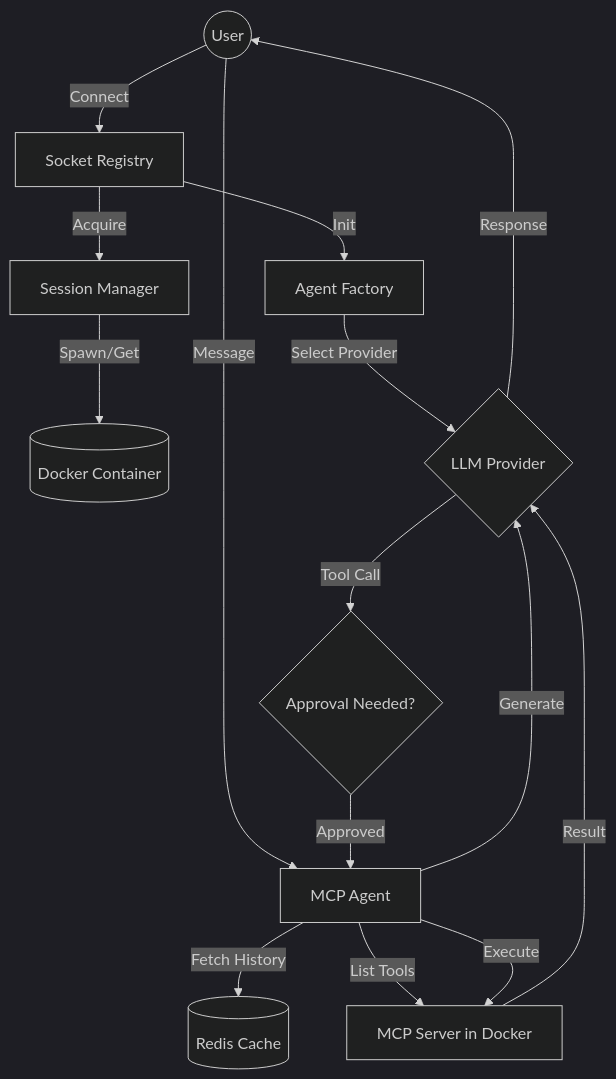
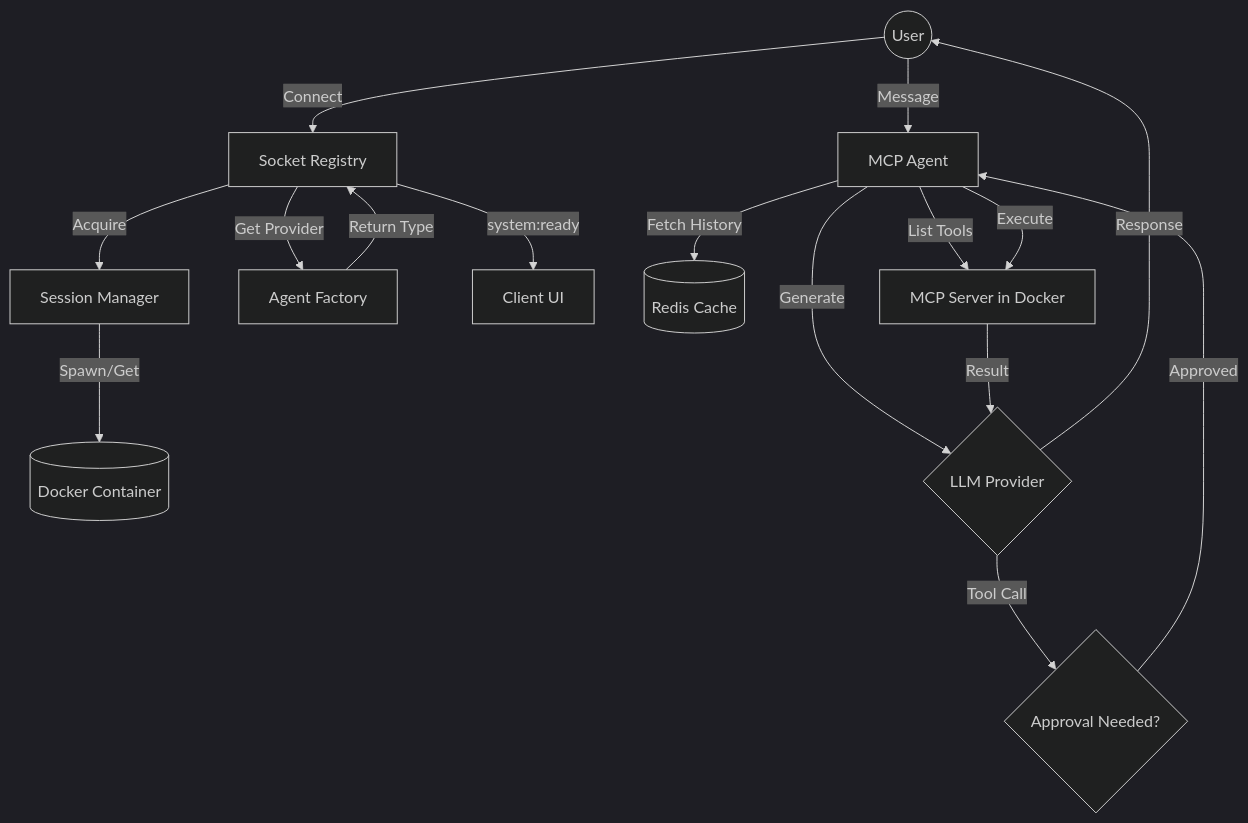
One commit to SouzaEduardoAC/mcp-orchestrator changed the diagram in docs/business_flow.md. Above: the diagram before and after it, drawn with Mermaid (dark theme). The commit also changed other lines of this file and 6 other files, not shown here.

````diff
--- a/docs/business_flow.md
+++ b/docs/business_flow.md
@@ -20,19 +23,20 @@
 ```mermaid
 graph TD
     User((User)) -->|Connect| Socket[Socket Registry]
     Socket -->|Acquire| SessionManager[Session Manager]
     SessionManager -->|Spawn/Get| Docker[(Docker Container)]
-    Socket -->|Init| Factory[Agent Factory]
-    Factory -->|Select Provider| LLM{LLM Provider}
+    Socket -->|Get Provider| Factory[Agent Factory]
+    Factory -->|Return Type| Socket
+    Socket -->|system:ready| UI[Client UI]
     
     User -->|Message| Agent[MCP Agent]
     Agent -->|Fetch History| Redis[(Redis Cache)]
     Agent -->|List Tools| MCP[MCP Server in Docker]
-    Agent -->|Generate| LLM
+    Agent -->|Generate| LLM{LLM Provider}
     
     LLM -->|Response| User
     LLM -->|Tool Call| HITL{Approval Needed?}
     HITL -->|Approved| Agent
     Agent -->|Execute| MCP
     MCP -->|Result| LLM
 ```
````
